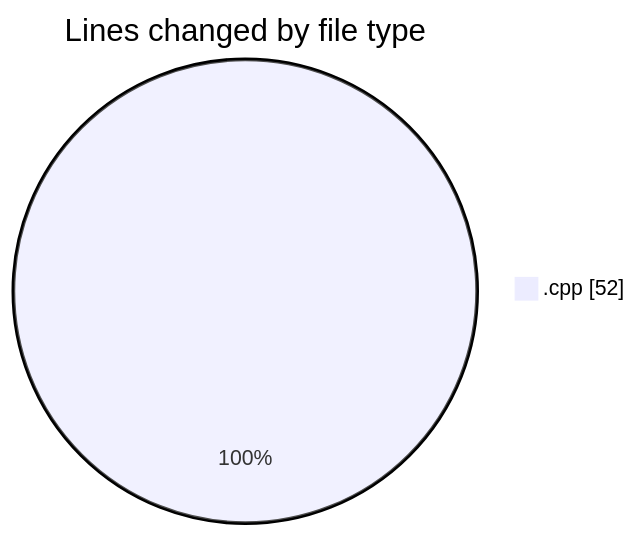
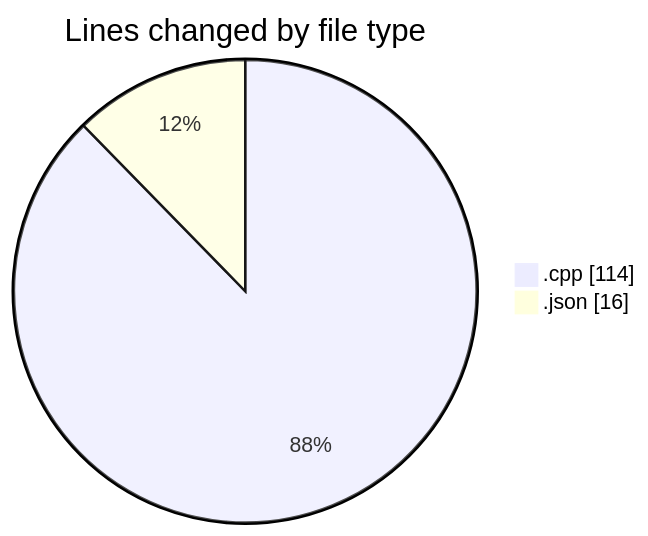
The first of 2 diagrams in 2025-04-28/date/README.md (Netris89/code-tracking), drawn with Mermaid before and after one commit. The commit also changed other lines of this file and 1 other file, not shown here.

````diff
--- a/2025-04-28/date/README.md
+++ b/2025-04-28/date/README.md
@@ -20,5 +21,6 @@
 ```mermaid
 pie showData
 title Lines changed by file type
-".cpp" : 52
+".cpp" : 114
+".json" : 16
 ```
````
